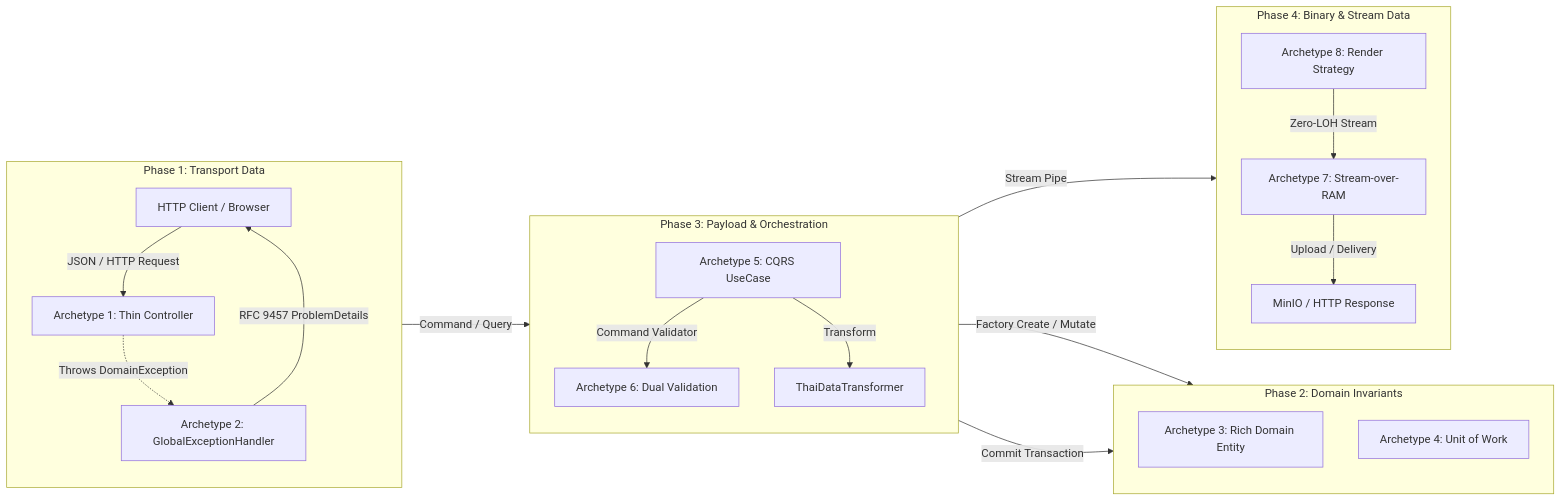
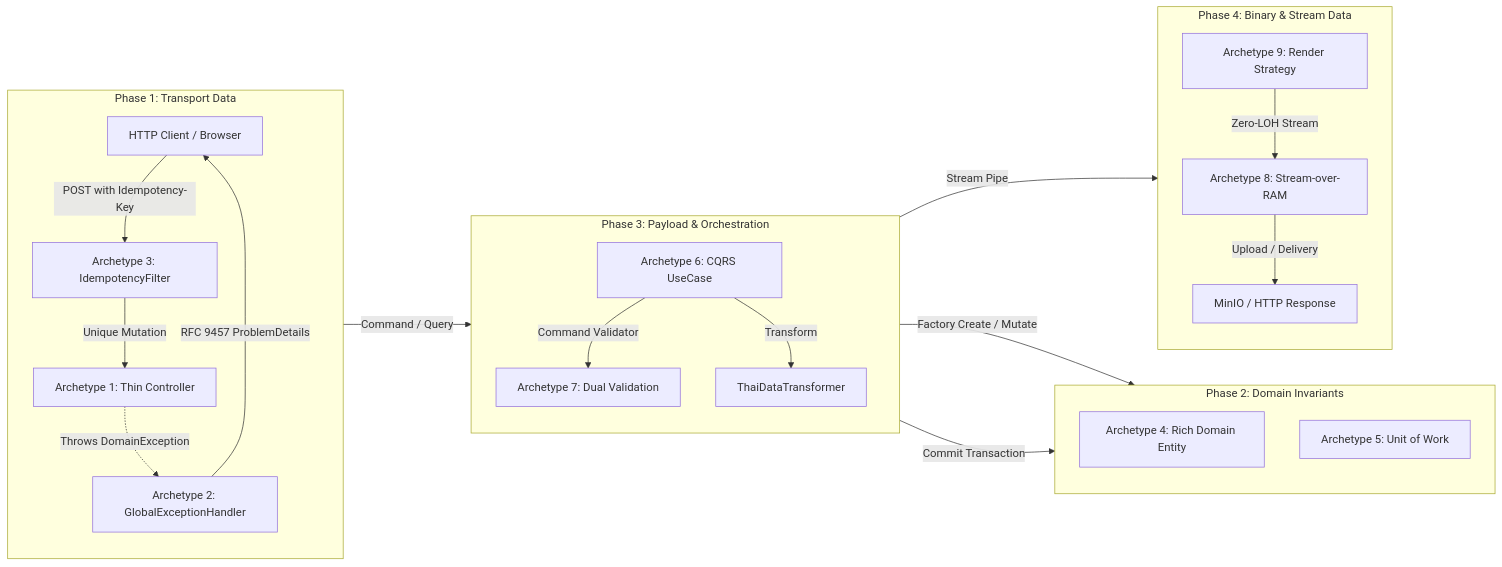
One commit to suang05/doc_template changed the diagram in docs/AI/PATTERNS.md. Above: the diagram before and after it, drawn with Mermaid. The commit also changed other lines of this file and 2 other files, not shown here.

Commit message:
refactor: add canonical architectural patterns and conventions documentation for AI agents

````diff
--- a/docs/AI/PATTERNS.md
+++ b/docs/AI/PATTERNS.md
@@ -62,29 +64,30 @@
 ```mermaid
 graph LR
     subgraph Phase1["Phase 1: Transport Data"]
         direction TB
-        Client["HTTP Client / Browser"] -->|"JSON / HTTP Request"| Ctrl["Archetype 1: Thin Controller"]
+        Client["HTTP Client / Browser"] -->|"POST with Idempotency-Key"| Idemp["Archetype 3: IdempotencyFilter"]
+        Idemp -->|"Unique Mutation"| Ctrl["Archetype 1: Thin Controller"]
         Ctrl -.->|"Throws DomainException"| ExHandler["Archetype 2: GlobalExceptionHandler"]
         ExHandler -->|"RFC 9457 ProblemDetails"| Client
     end
 
     subgraph Phase3["Phase 3: Payload & Orchestration"]
         direction TB
-        Ctrl -->|"Command / Query"| UseCase["Archetype 5: CQRS UseCase"]
-        UseCase -->|"Command Validator"| DualVal["Archetype 6: Dual Validation"]
+        Ctrl -->|"Command / Query"| UseCase["Archetype 6: CQRS UseCase"]
+        UseCase -->|"Command Validator"| DualVal["Archetype 7: Dual Validation"]
         UseCase -->|"Transform"| Thai["ThaiDataTransformer"]
     end
 
     subgraph Phase2["Phase 2: Domain Invariants"]
         direction TB
-        UseCase -->|"Factory Create / Mutate"| Entity["Archetype 3: Rich Domain Entity"]
-        UseCase -->|"Commit Transaction"| UoW["Archetype 4: Unit of Work"]
+        UseCase -->|"Factory Create / Mutate"| Entity["Archetype 4: Rich Domain Entity"]
+        UseCase -->|"Commit Transaction"| UoW["Archetype 5: Unit of Work"]
     end
 
     subgraph Phase4["Phase 4: Binary & Stream Data"]
         direction TB
-        UseCase -->|"Stream Pipe"| Engine["Archetype 8: Render Strategy"]
-        Engine -->|"Zero-LOH Stream"| StreamPipe["Archetype 7: Stream-over-RAM"]
+        UseCase -->|"Stream Pipe"| Engine["Archetype 9: Render Strategy"]
+        Engine -->|"Zero-LOH Stream"| StreamPipe["Archetype 8: Stream-over-RAM"]
         StreamPipe -->|"Upload / Delivery"| Storage["MinIO / HTTP Response"]
     end
 ```
````
